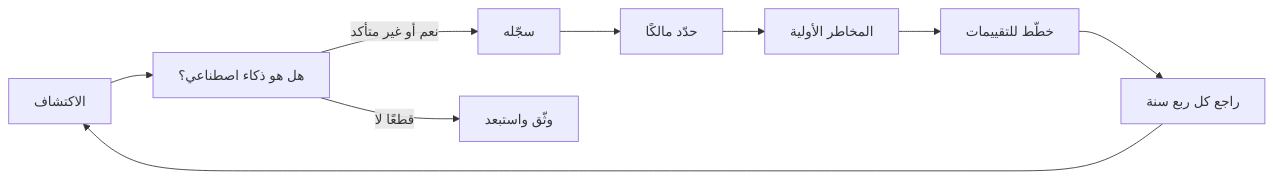
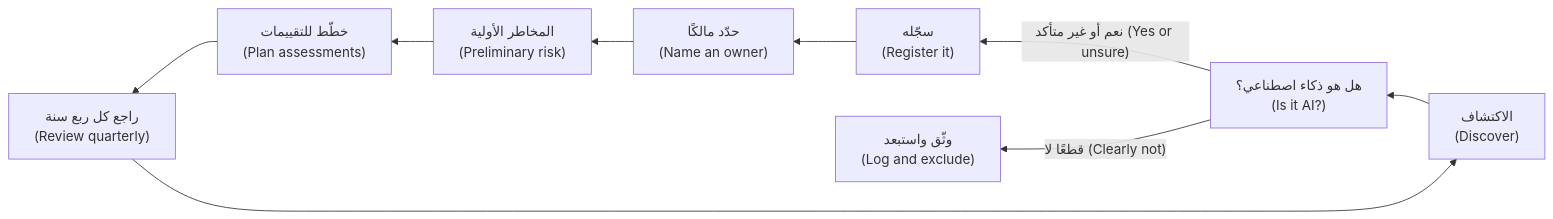
The second of 2 diagrams in aigp/modules/00-orientation.ar.md (Tamoura/system-design-for-vibe-coders), drawn with Mermaid before and after one commit. The commit also changed other lines of this file and 62 other files, not shown here.

First line of the commit message:
Arabic editions: English on every diagram label, RTL fixes, rebuild

````diff
--- a/aigp/modules/00-orientation.ar.md
+++ b/aigp/modules/00-orientation.ar.md
@@ -554,11 +554,11 @@
 ```mermaid
-flowchart LR
-    A[الاكتشاف] --> B[هل هو ذكاء اصطناعي؟]
-    B -->|نعم أو غير متأكد| C[سجّله]
-    B -->|قطعًا لا| X[وثّق واستبعد]
-    C --> D[حدّد مالكًا]
-    D --> E[المخاطر الأولية]
-    E --> F[خطّط للتقييمات]
-    F --> G[راجع كل ربع سنة]
+flowchart RL
+    A["الاكتشاف<br/>(Discover)"] --> B["هل هو ذكاء اصطناعي؟<br/>(Is it AI?)"]
+    B -->|"نعم أو غير متأكد (Yes or unsure)"| C["سجّله<br/>(Register it)"]
+    B -->|"قطعًا لا (Clearly not)"| X["وثّق واستبعد<br/>(Log and exclude)"]
+    C --> D["حدّد مالكًا<br/>(Name an owner)"]
+    D --> E["المخاطر الأولية<br/>(Preliminary risk)"]
+    E --> F["خطّط للتقييمات<br/>(Plan assessments)"]
+    F --> G["راجع كل ربع سنة<br/>(Review quarterly)"]
     G --> A
 ```
````
